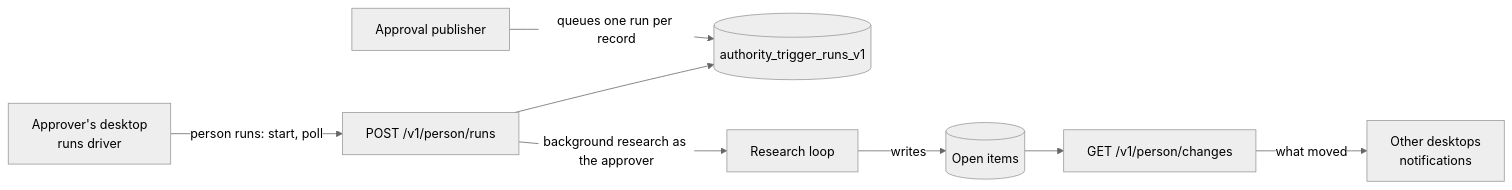
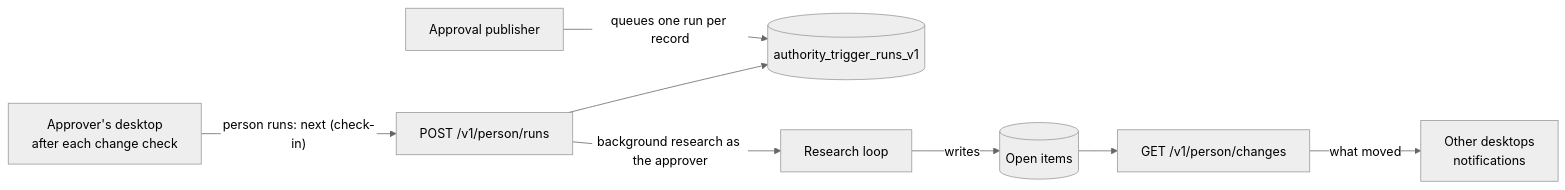
One commit to EchoBrain-org/echo-brain changed the diagram in docs/architecture/impact-checks-and-open-items.md. Above: the diagram before and after it, drawn with Mermaid (neutral theme). The commit also changed other lines of this file and 50 other files, not shown here.

````diff
--- a/docs/architecture/impact-checks-and-open-items.md
+++ b/docs/architecture/impact-checks-and-open-items.md
@@ -14,10 +15,10 @@
 ```mermaid
 flowchart LR
   publish["Approval publisher"] -- "queues one run per record" --> runs[("authority_trigger_runs_v1")]
-  desktop["Approver's desktop<br/>runs driver"] -- "person runs: start, poll" --> route["POST /v1/person/runs"]
+  desktop["Approver's desktop<br/>after each change check"] -- "person runs: next (check-in)" --> route["POST /v1/person/runs"]
   route --> runs
   route -- "background research as the approver" --> research["Research loop"]
   research -- "writes" --> items[("Open items")]
   changes["GET /v1/person/changes"] -- "what moved" --> others["Other desktops<br/>notifications"]
   items --> changes
 ```
````
